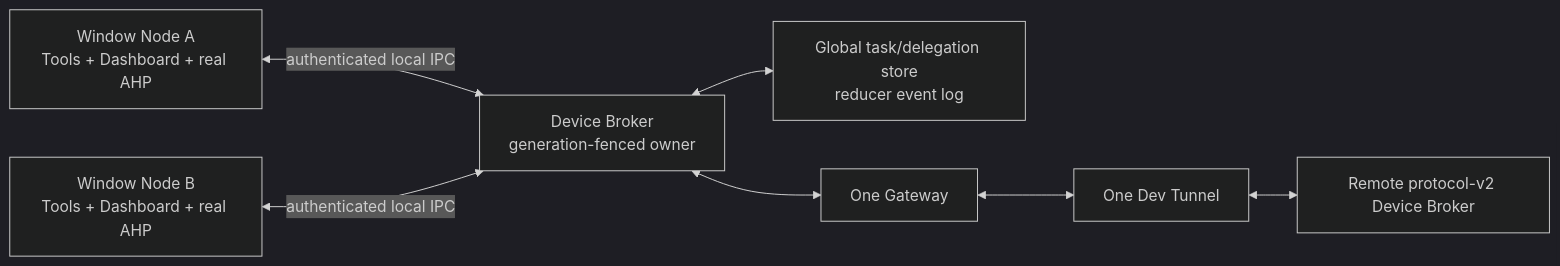
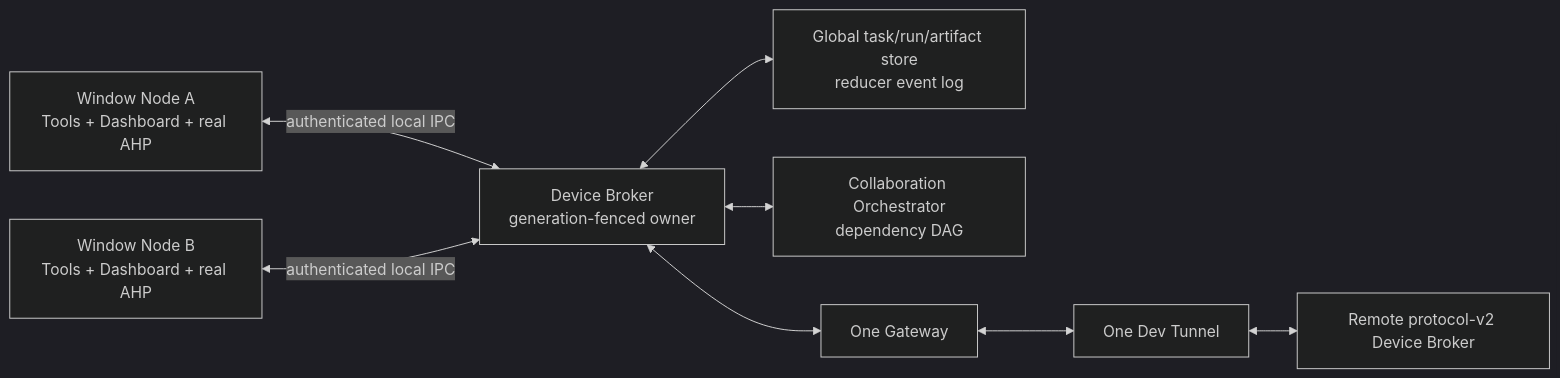
The first of 5 diagrams in docs/technical-implementation.md (weivea/copilot-agent-mesh), drawn with Mermaid (dark theme) before and after one commit. The commit also changed other lines of this file and 64 other files, not shown here.

First line of the commit message:
Ship 0.3.0 same-device collaboration and redesign it as peer window delegation (#3)

````diff
--- a/docs/technical-implementation.md
+++ b/docs/technical-implementation.md
@@ -130,17 +139,19 @@
 ```mermaid
 flowchart LR
     A[Window Node A<br/>Tools + Dashboard + real AHP]
     B[Window Node B<br/>Tools + Dashboard + real AHP]
     Broker[Device Broker<br/>generation-fenced owner]
-    Store[Global task/delegation store<br/>reducer event log]
+    Store[Global task/run/artifact store<br/>reducer event log]
+    Orchestrator[Collaboration Orchestrator<br/>dependency DAG]
     Gateway[One Gateway]
     Tunnel[One Dev Tunnel]
     Remote[Remote protocol-v2 Device Broker]
 
     A <-->|authenticated local IPC| Broker
     B <-->|authenticated local IPC| Broker
     Broker <--> Store
+    Broker <--> Orchestrator
     Broker <--> Gateway
     Gateway <--> Tunnel
     Tunnel <--> Remote
 ```
````
